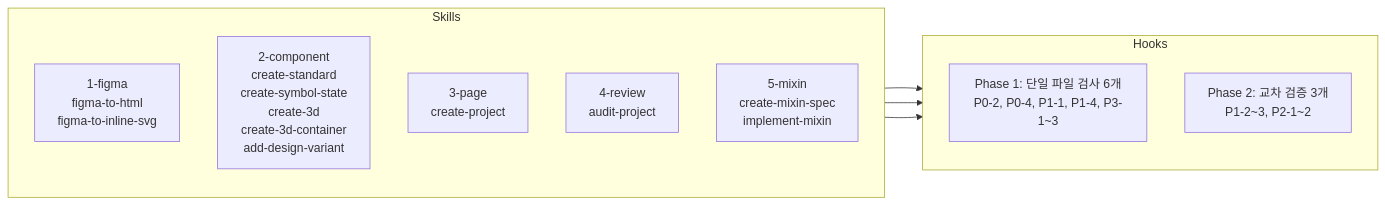
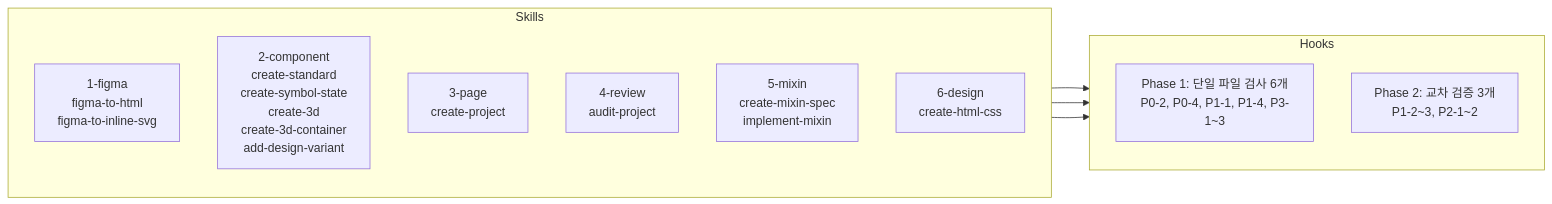
Before and after one commit to dysong-lab/WEB_BUILDER_TOOLKIT: the second of 2 diagrams in CLAUDE.md, drawn with Mermaid. The commit also changed other lines of this file and 3 other files, not shown here.

First line of the commit message:
feat: 6-design/create-html-css 스킬 추가 — Figma 없이 디자이너 성향 기반 HTML/CSS 작성

````diff
--- a/CLAUDE.md
+++ b/CLAUDE.md
@@ -29,21 +29,22 @@
 ```mermaid
 flowchart LR
     subgraph Skills
         direction TB
         S1[1-figma<br/>figma-to-html<br/>figma-to-inline-svg]
         S2[2-component<br/>create-standard<br/>create-symbol-state<br/>create-3d<br/>create-3d-container<br/>add-design-variant]
         S3[3-page<br/>create-project]
         S4[4-review<br/>audit-project]
         S5[5-mixin<br/>create-mixin-spec<br/>implement-mixin]
+        S6[6-design<br/>create-html-css]
     end
 
     subgraph Hooks
         direction TB
         H1[Phase 1: 단일 파일 검사 6개<br/>P0-2, P0-4, P1-1, P1-4, P3-1~3]
         H2[Phase 2: 교차 검증 3개<br/>P1-2~3, P2-1~2]
     end
 
     S2 --> H1
     S2 --> H2
     S3 --> H2
 ```
````
